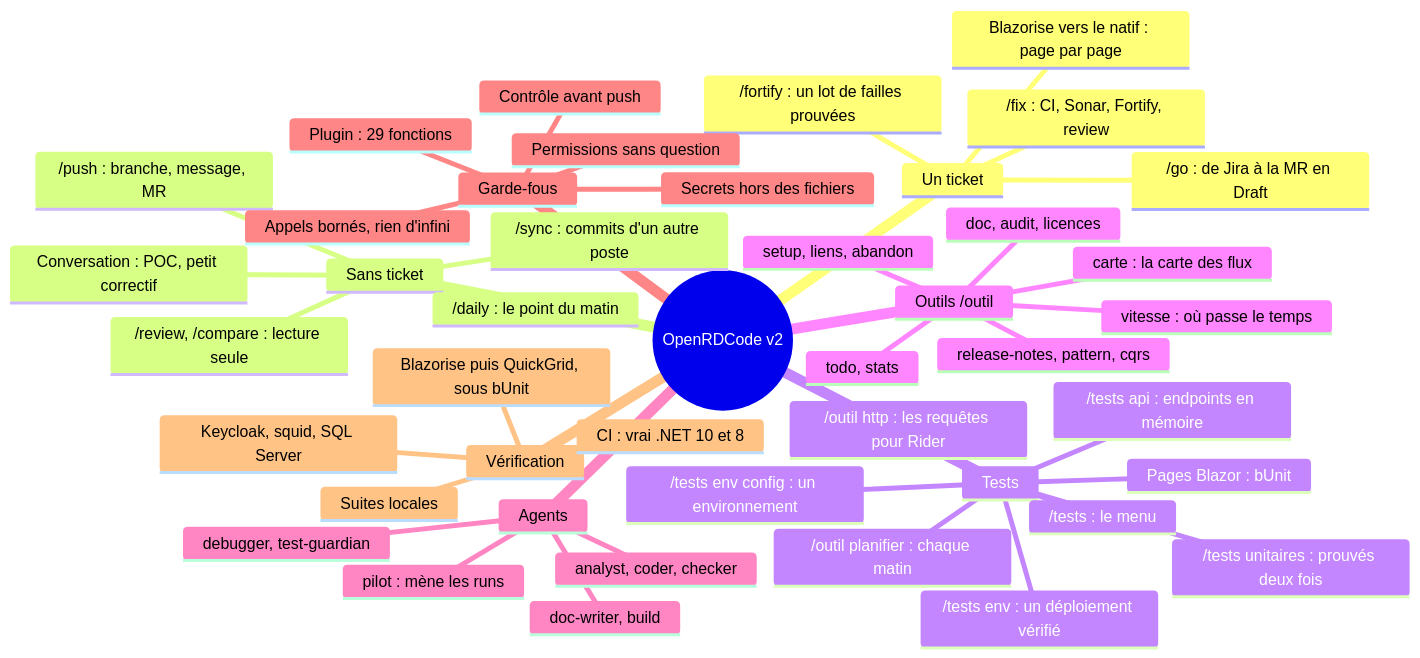
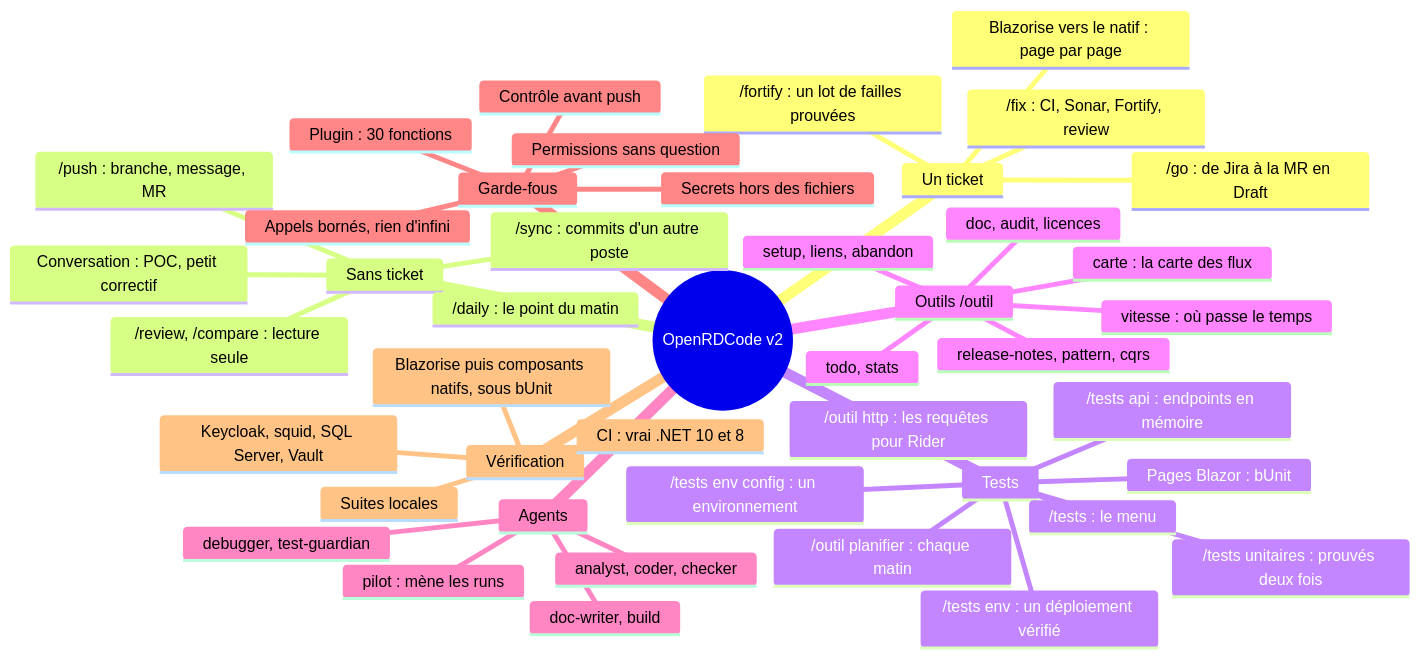
The second of 7 diagrams in opencode-v2/README.md (RabieDerouiche/OpenRDCode), drawn with Mermaid before and after one commit. The commit also changed other lines of this file and 45 other files, not shown here.

````diff
--- a/opencode-v2/README.md
+++ b/opencode-v2/README.md
@@ -94,47 +94,47 @@
 ```mermaid
 mindmap
   root((OpenRDCode v2))
     Un ticket
       /go : de Jira à la MR en Draft
       /fix : CI, Sonar, Fortify, review
       /fortify : un lot de failles prouvées
       Blazorise vers le natif : page par page
     Sans ticket
       Conversation : POC, petit correctif
       /push : branche, message, MR
       /sync : commits d'un autre poste
       /daily : le point du matin
       /review, /compare : lecture seule
     Tests
       /tests : le menu
       /tests unitaires : prouvés deux fois
       Pages Blazor : bUnit
       /tests api : endpoints en mémoire
       /tests env config : un environnement
       /tests env : un déploiement vérifié
       /outil http : les requêtes pour Rider
       /outil planifier : chaque matin
     Outils /outil
       doc, audit, licences
       release-notes, pattern, cqrs
       setup, liens, abandon
       todo, stats
       carte : la carte des flux
       vitesse : où passe le temps
     Agents
       pilot : mène les runs
       analyst, coder, checker
       debugger, test-guardian
       doc-writer, build
     Garde-fous
-      Plugin : 29 fonctions
+      Plugin : 30 fonctions
       Appels bornés, rien d'infini
       Permissions sans question
       Contrôle avant push
       Secrets hors des fichiers
     Vérification
       Suites locales
       CI : vrai .NET 10 et 8
-      Keycloak, squid, SQL Server
-      Blazorise puis QuickGrid, sous bUnit
+      Keycloak, squid, SQL Server, Vault
+      Blazorise puis composants natifs, sous bUnit
 ```
````
